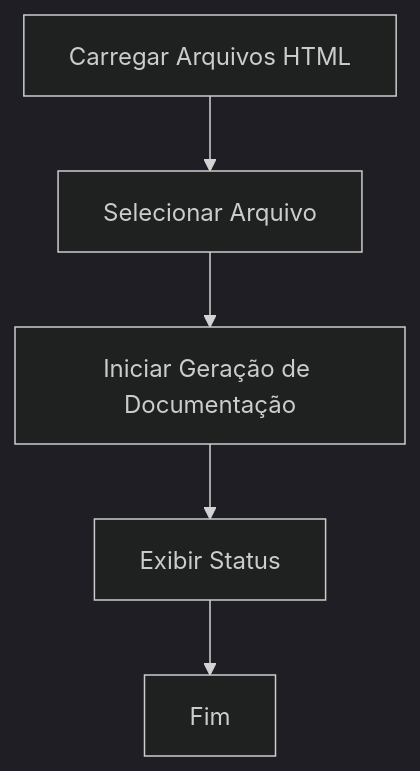
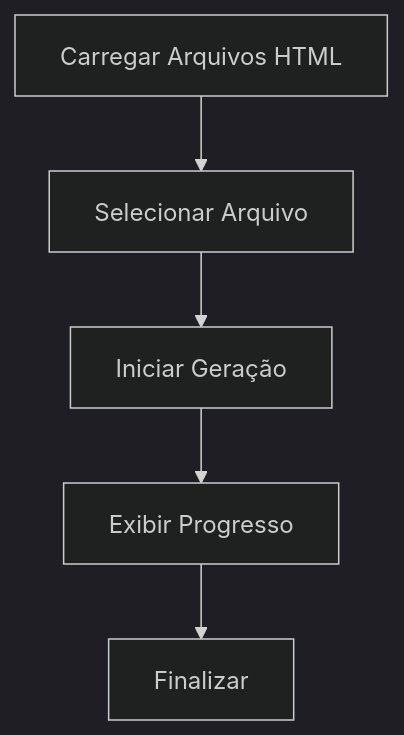
One commit to Dotter-Brasil/modelo-ci-cd-versionamento changed the first of 3 diagrams in documentacao/documentacao_bruta_documentador.js.md. Above: the diagram before and after it, drawn with Mermaid (dark theme). The commit also changed other lines of this file and 11 other files, not shown here.

````diff
--- a/documentacao/documentacao_bruta_documentador.js.md
+++ b/documentacao/documentacao_bruta_documentador.js.md
@@ -14,7 +15,7 @@
 ```mermaid
 flowchart TD
     A[Carregar Arquivos HTML] --> B[Selecionar Arquivo]
-    B --> C[Iniciar Geração de Documentação]
-    C --> D[Exibir Status]
-    D --> E[Fim]
+    B --> C[Iniciar Geração]
+    C --> D[Exibir Progresso]
+    D --> E[Finalizar]
 ```
````
